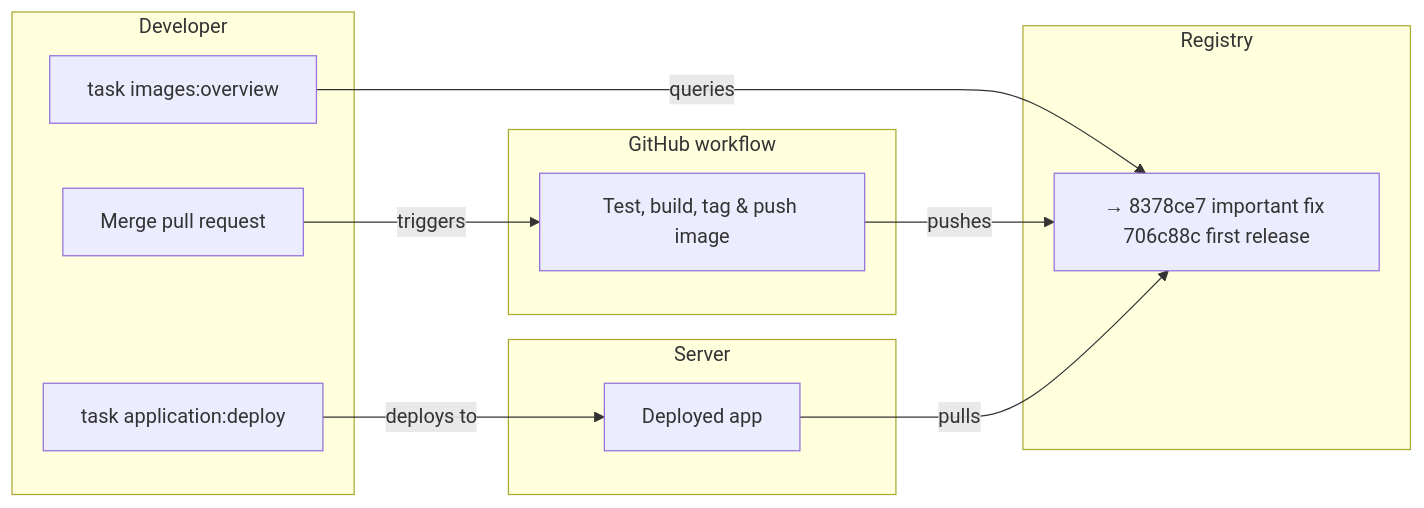
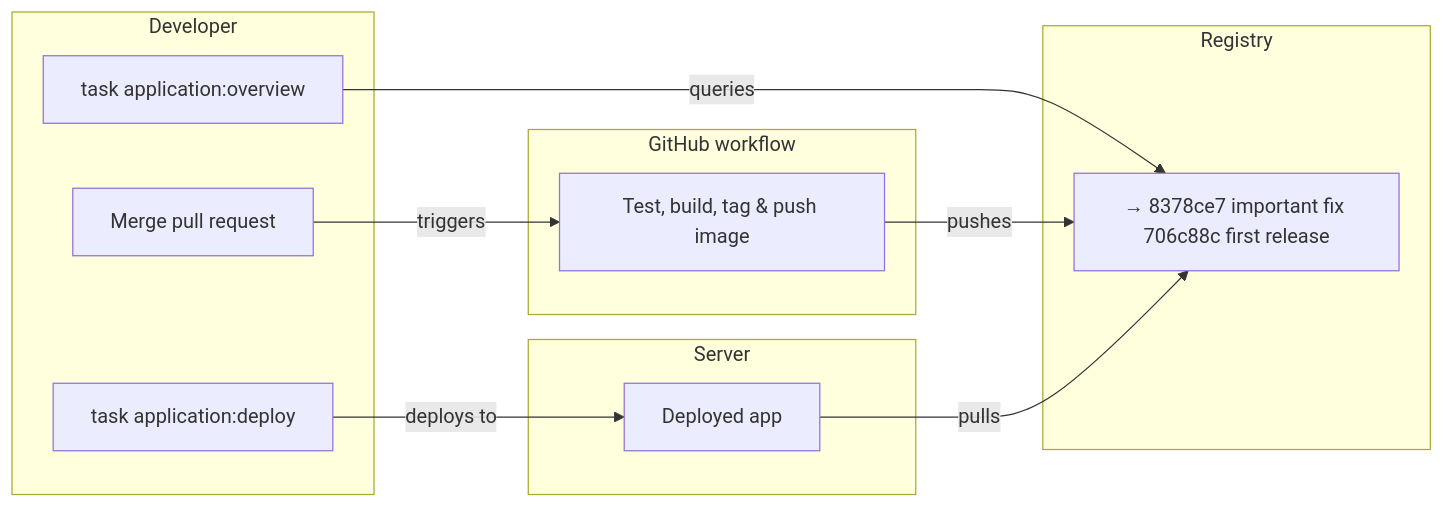
The diagram in docs/application-deployment.md (rednaw/iac), drawn with Mermaid before and after one commit. The commit also changed other lines of this file and 15 other files, not shown here.

````diff
--- a/docs/application-deployment.md
+++ b/docs/application-deployment.md
@@ -16,26 +11,26 @@
 ```mermaid
 flowchart LR
     subgraph LOCAL["Developer"]
         A["Merge pull request"]
-        B["task images:overview"]
+        B["task application:overview"]
         C["task application:deploy"]
     end
 
     subgraph GITHUB["GitHub workflow"]
         D["Test, build, tag & push image"]
     end
 
     subgraph REGISTRY["Registry"]
       E["→ 8378ce7 important fix 706c88c first release"]
     end
 
     subgraph SERVER["Server"]
       F["Deployed app"]
     end
 
     A -->|triggers| D
     B -->|queries| E
     C -->|deploys to| F
     D -->|pushes| E
     F -->|pulls| E
 ```
````
